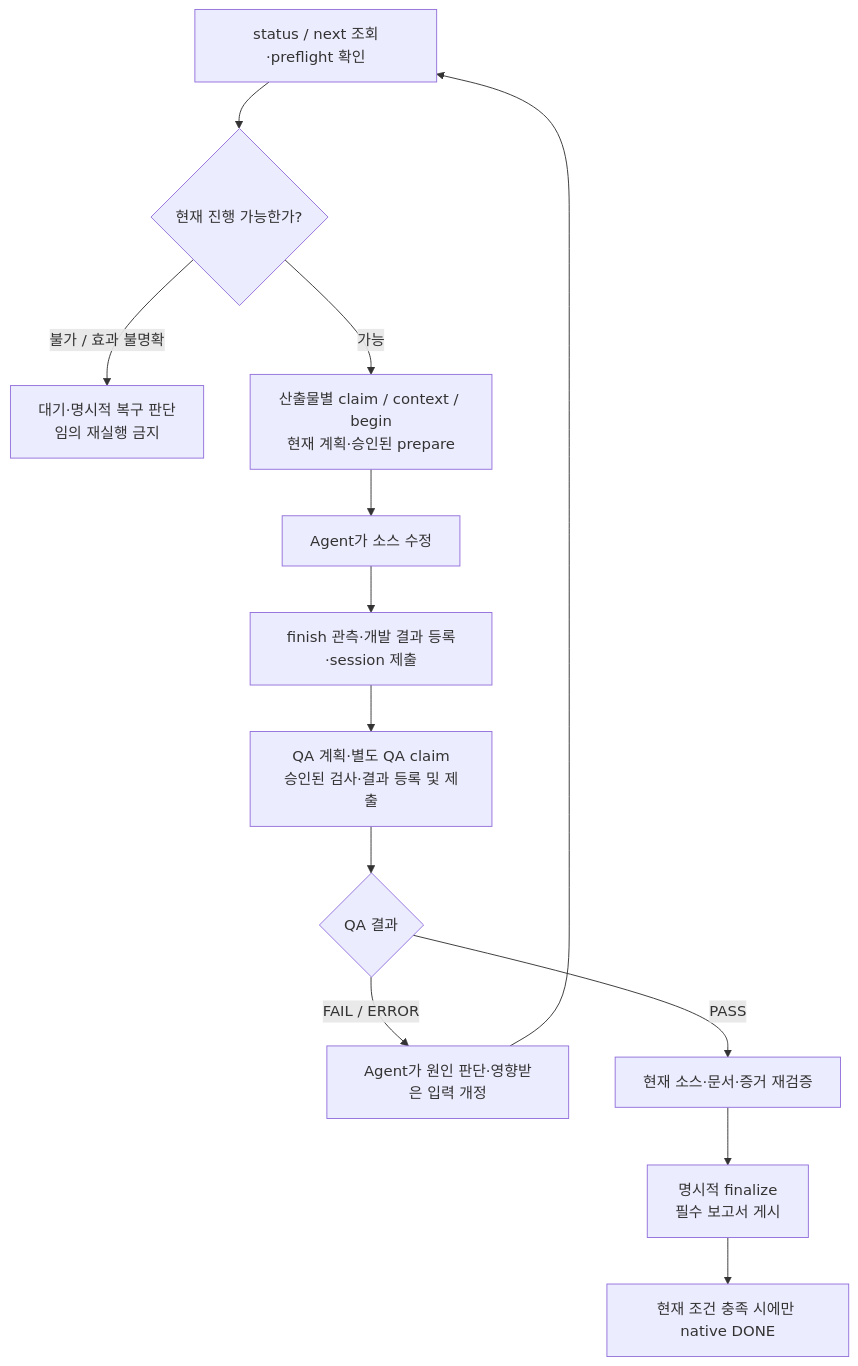
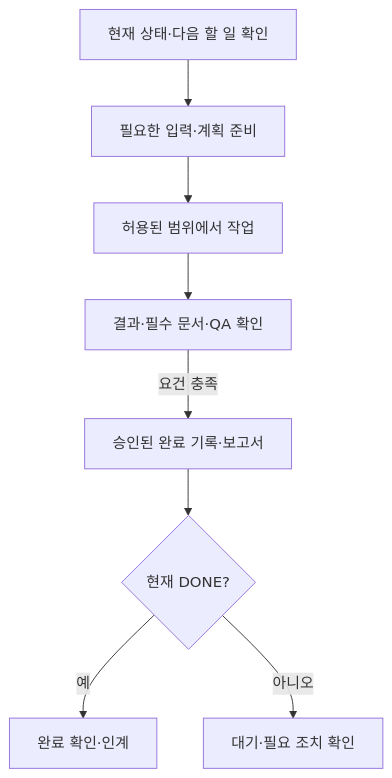
One commit to seadonggyun4/Golem changed the second of 2 diagrams in README.ko.md. Above: the diagram before and after it, drawn with Mermaid. The commit also changed other lines of this file and 213 other files, not shown here.

````diff
--- a/README.ko.md
+++ b/README.ko.md
@@ -87,15 +56,10 @@
 ```mermaid
 flowchart TD
-    S["status / next 조회·preflight 확인"] --> G{"현재 진행 가능한가?"}
-    G -->|"불가 / 효과 불명확"| B["대기·명시적 복구 판단<br/>임의 재실행 금지"]
-    G -->|"가능"| P["산출물별 claim / context / begin<br/>현재 계획·승인된 prepare"]
-    P --> A["Agent가 소스 수정"]
-    A --> D["finish 관측·개발 결과 등록·session 제출"]
-    D --> Q["QA 계획·별도 QA claim<br/>승인된 검사·결과 등록 및 제출"]
-    Q --> R{"QA 결과"}
-    R -->|"FAIL / ERROR"| F["Agent가 원인 판단·영향받은 입력 개정"]
-    F --> S
-    R -->|"PASS"| V["현재 소스·문서·증거 재검증"]
-    V --> C["명시적 finalize<br/>필수 보고서 게시"]
-    C --> N["현재 조건 충족 시에만 native DONE"]
+    S["현재 상태·다음 할 일 확인"] --> P["필요한 입력·계획 준비"]
+    P --> A["허용된 범위에서 작업"]
+    A --> Q["결과·필수 문서·QA 확인"]
+    Q -->|"요건 충족"| F["승인된 완료 기록·보고서"]
+    F --> C{"현재 DONE?"}
+    C -->|"예"| D["완료 확인·인계"]
+    C -->|"아니오"| B["대기·필요 조치 확인"]
 ```
````
